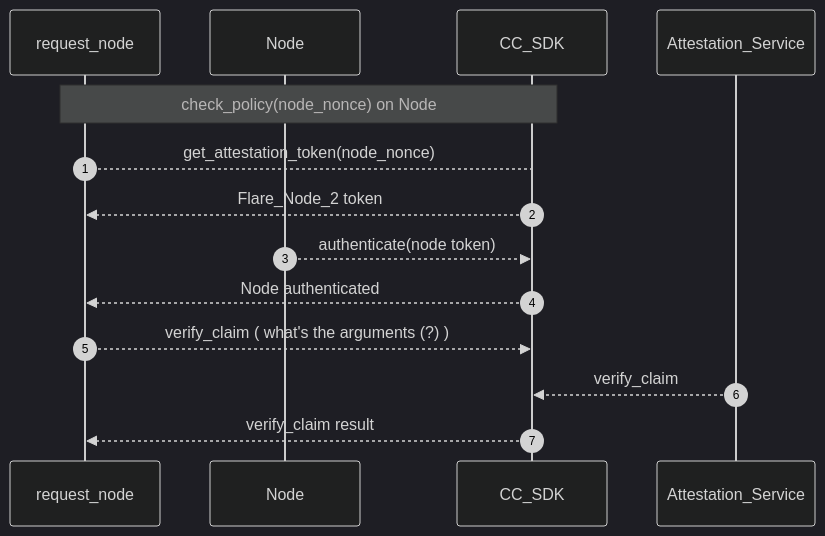
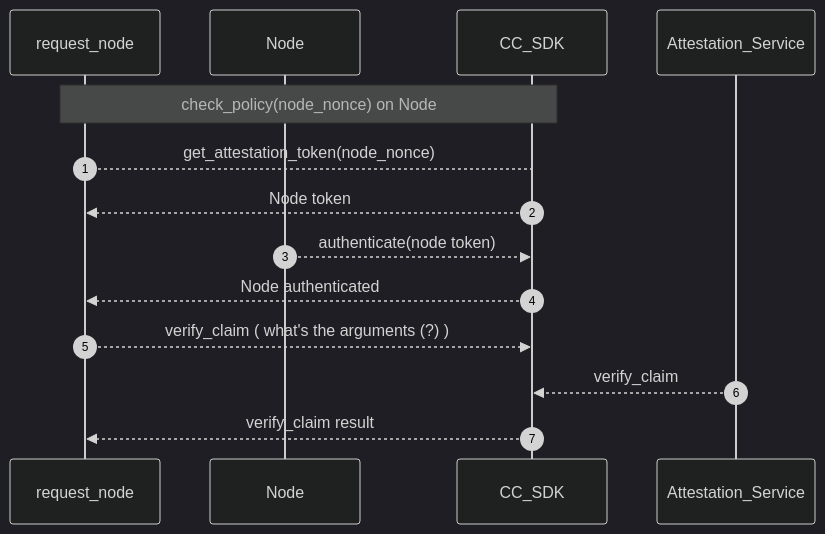
The sixth of 9 diagrams in docs/confidential_computing/detailed_cc_sequence_diagram.md (hitesh-ag1/NVFlare), drawn with Mermaid (dark theme) before and after one commit.

Commit message:
Sequence diagram for CC

````diff
--- a/docs/confidential_computing/detailed_cc_sequence_diagram.md
+++ b/docs/confidential_computing/detailed_cc_sequence_diagram.md
@@ -141,19 +141,19 @@
 ```mermaid
 sequenceDiagram
    autonumber
     
     participant request_node
     participant Node
     participant CC_SDK
     participant Attestation_Service
         
     Note over request_node, CC_SDK: check_policy(node_nonce) on Node
     request_node --> CC_SDK : get_attestation_token(node_nonce)
-    CC_SDK -->> request_node : Flare_Node_2 token
+    CC_SDK -->> request_node : Node token
     Node -->> CC_SDK:  authenticate(node token)  
     CC_SDK -->> request_node : Node authenticated
      
     request_node -->>  CC_SDK: verify_claim  ( what's the arguments (?) )
     Attestation_Service -->> CC_SDK : verify_claim
     CC_SDK -->> request_node : verify_claim result
 ```
````
